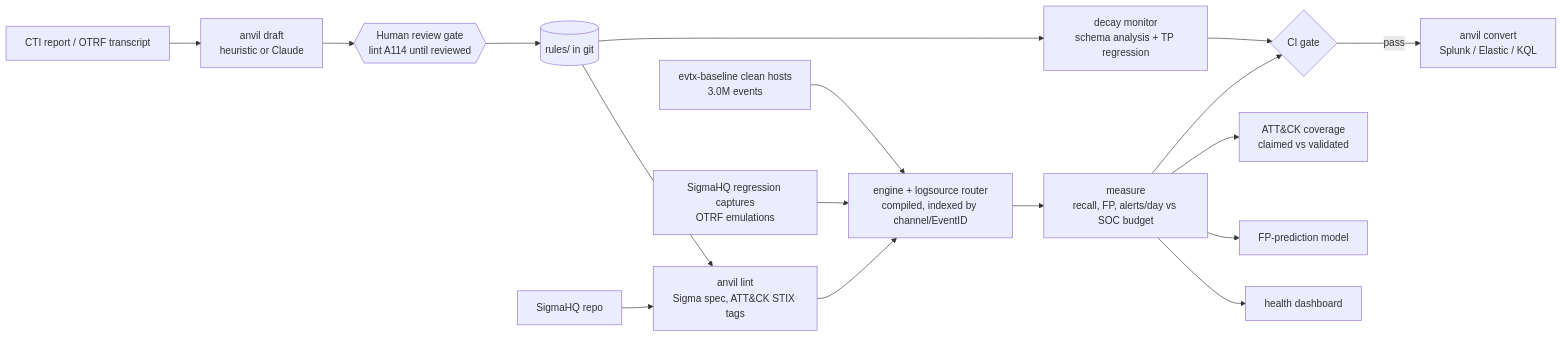
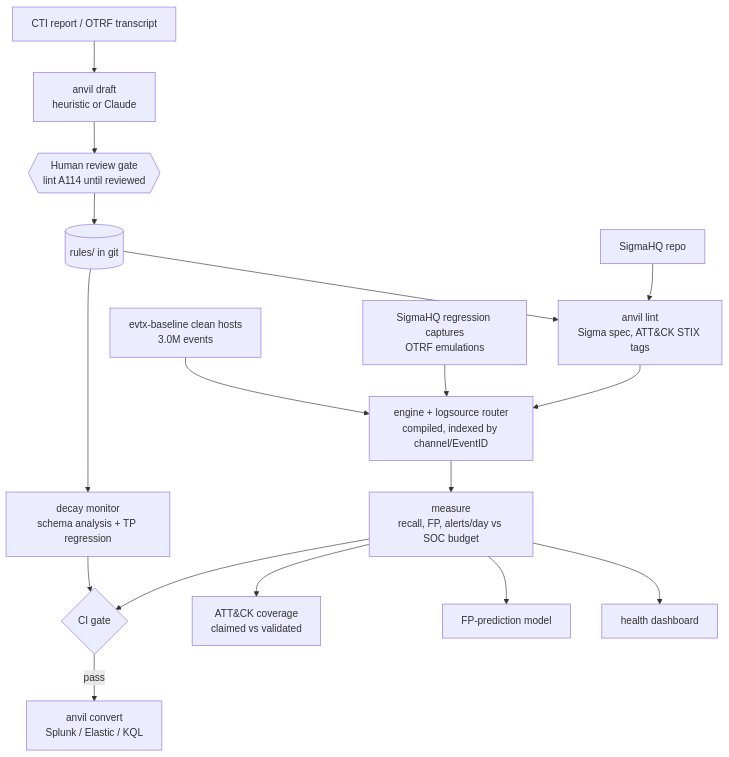
Before and after one commit to rakshit-737/anvil: the diagram in README.md, drawn with Mermaid. The commit also changed other lines of this file and 19 other files, not shown here.

````diff
--- a/README.md
+++ b/README.md
@@ -30,19 +62,19 @@
 ```mermaid
-flowchart LR
+flowchart TB
   CTI["CTI report / OTRF transcript"] --> DR["anvil draft<br/>heuristic or Claude"]
   DR --> RV{{"Human review gate<br/>lint A114 until reviewed"}}
   RV --> LIB[("rules/ in git")]
   SIG["SigmaHQ repo"] --> LINT
   LIB --> LINT["anvil lint<br/>Sigma spec, ATT&CK STIX tags"]
   LINT --> ENG["engine + logsource router<br/>compiled, indexed by channel/EventID"]
   TP["SigmaHQ regression captures<br/>OTRF emulations"] --> ENG
   BEN["evtx-baseline clean hosts<br/>3.0M events"] --> ENG
   ENG --> M["measure<br/>recall, FP, alerts/day vs SOC budget"]
   M --> GATE{"CI gate"}
   GATE -->|pass| DEP["anvil convert<br/>Splunk / Elastic / KQL"]
   M --> COV["ATT&CK coverage<br/>claimed vs validated"]
   M --> FPM["FP-prediction model"]
   LIB --> DEC["decay monitor<br/>schema analysis + TP regression"]
   DEC --> GATE
   M --> DASH["health dashboard"]
 ```
````
